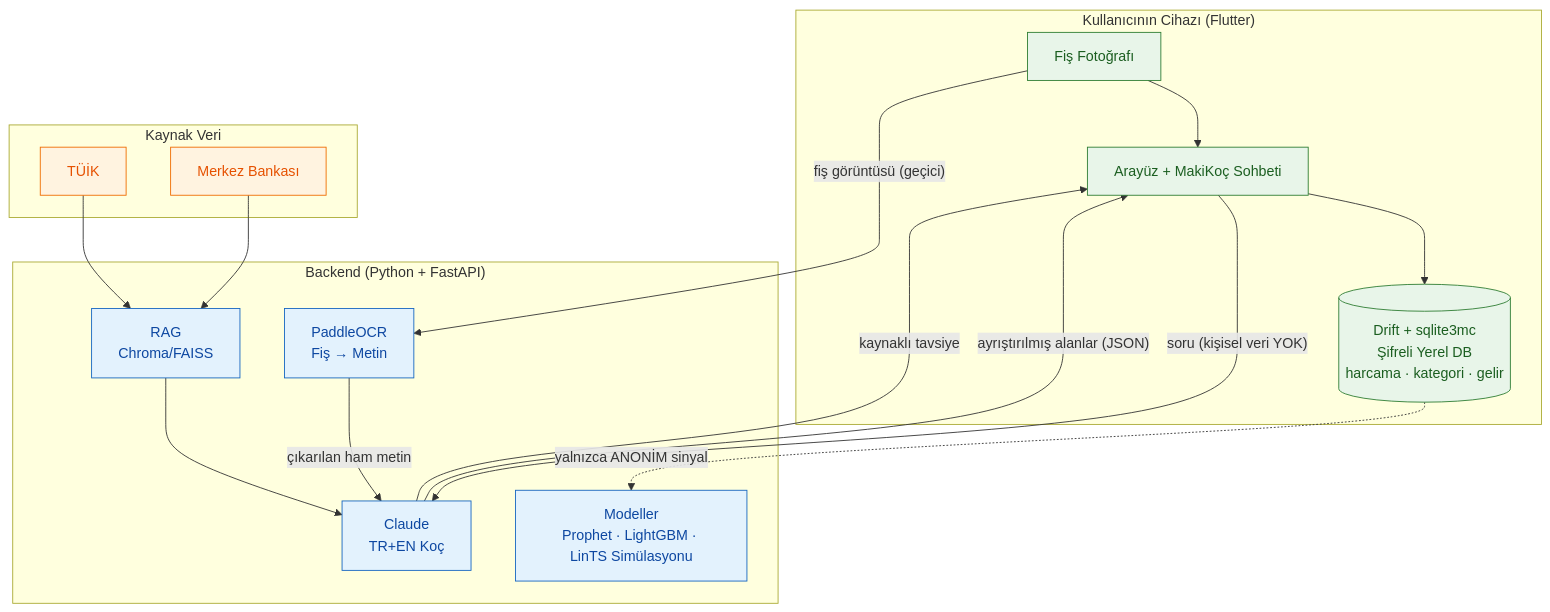
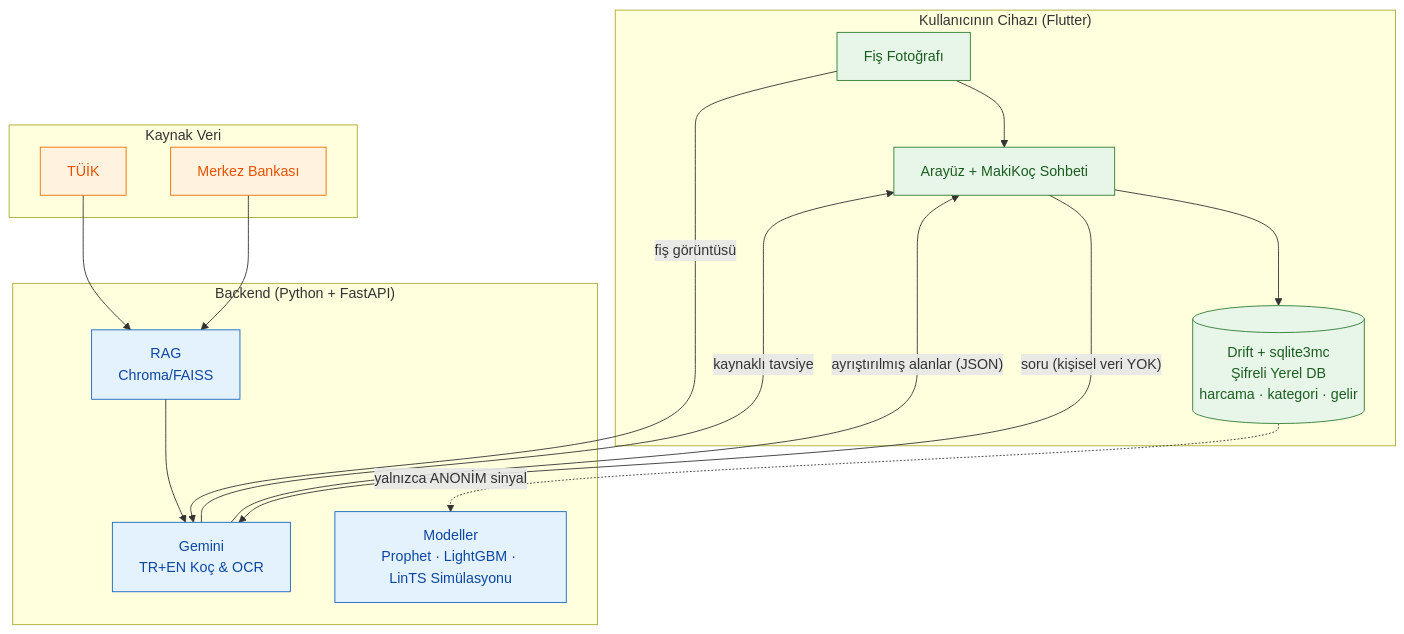
The diagram in README.md (sevncmutlu/bootcamp), drawn with Mermaid before and after one commit. The commit also changed other lines of this file and 5 other files, not shown here.

Commit message:
Replaced Claude and PaddleOCR with Gemini Multimodal across all documentation files

````diff
--- a/README.md
+++ b/README.md
@@ -57,39 +57,37 @@
 ```mermaid
 flowchart TB
     subgraph Cihaz["Kullanıcının Cihazı (Flutter)"]
         UI["Arayüz + MakiKoç Sohbeti"]
         LDB[("Drift + sqlite3mc<br/>Şifreli Yerel DB<br/>harcama · kategori · gelir")]
         OCRD["Fiş Fotoğrafı"]
         UI --> LDB
         OCRD --> UI
     end
 
     subgraph Sunucu["Backend (Python + FastAPI)"]
-        OCR["PaddleOCR<br/>Fiş → Metin"]
         RAG["RAG<br/>Chroma/FAISS"]
         ML["Modeller<br/>Prophet · LightGBM · LinTS Simülasyonu"]
-        LLM["Claude<br/>TR+EN Koç"]
+        LLM["Gemini<br/>TR+EN Koç & OCR"]
     end
 
     subgraph Kaynak["Kaynak Veri"]
         TUIK["TÜİK"]
         MB["Merkez Bankası"]
     end
 
     LDB -. "yalnızca ANONİM sinyal" .-> ML
-    OCRD -- "fiş görüntüsü (geçici)" --> OCR
-    OCR -- "çıkarılan ham metin" --> LLM
+    OCRD -- "fiş görüntüsü" --> LLM
     LLM -- "ayrıştırılmış alanlar (JSON)" --> UI
     UI -- "soru (kişisel veri YOK)" --> LLM
     RAG --> LLM
     TUIK --> RAG
     MB --> RAG
     LLM -- "kaynaklı tavsiye" --> UI
 
     classDef device fill:#e8f5e9,stroke:#2e7d32,color:#1b5e20;
     classDef server fill:#e3f2fd,stroke:#1565c0,color:#0d47a1;
     classDef src fill:#fff3e0,stroke:#ef6c00,color:#e65100;
     class UI,LDB,OCRD device;
-    class OCR,RAG,ML,LLM server;
+    class RAG,ML,LLM server;
     class TUIK,MB src;
 ```
````
